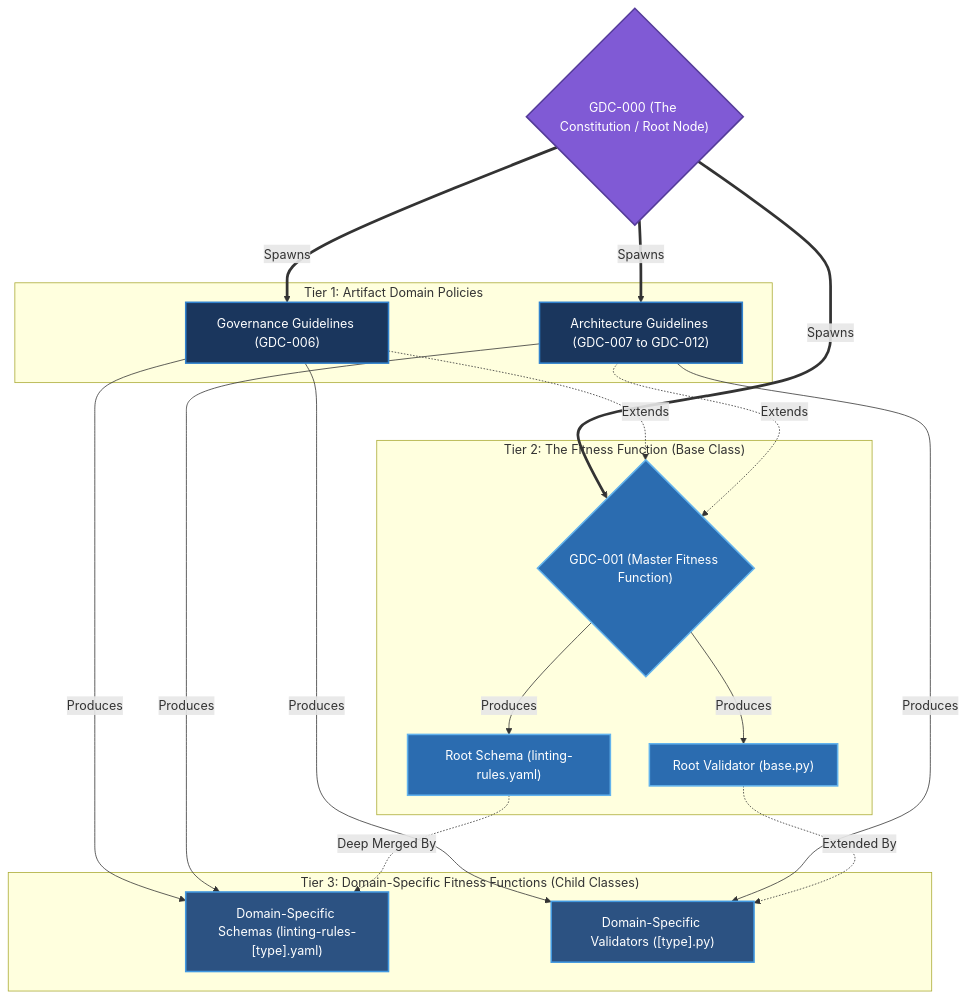
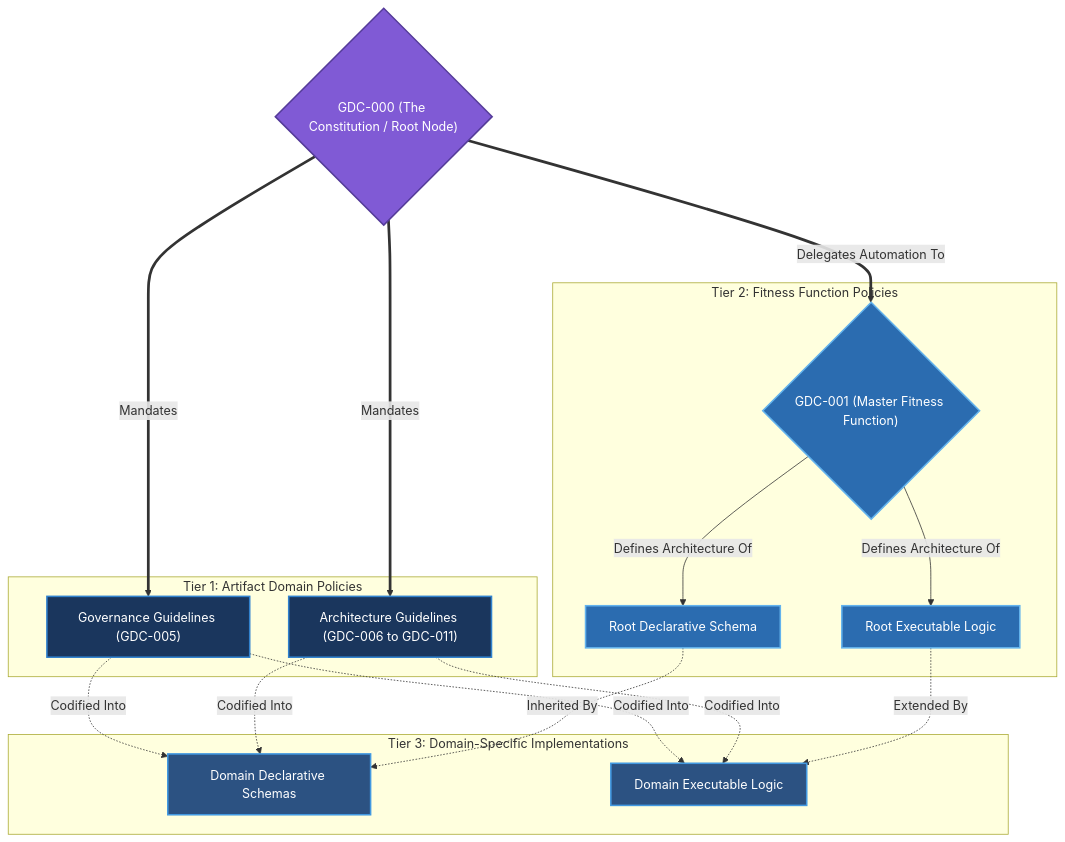
One commit to anshacerbia2/scnehaux-architecture changed the second of 4 diagrams in 00-governance/GDC-000-governance-policy.md. Above: the diagram before and after it, drawn with Mermaid. The commit also changed other lines of this file and 137 other files, not shown here.

Commit message:
Update governance guidelines and schemas

```diff
--- a/00-governance/GDC-000-governance-policy.md
+++ b/00-governance/GDC-000-governance-policy.md
@@ -204,47 +242,44 @@
 ~~~mermaid
 graph TD
     Gov000{"GDC-000 (The Constitution / Root Node)"}
 
     subgraph Tier1 ["Tier 1: Artifact Domain Policies"]
-        GovGuide["Governance Guidelines (GDC-006)"]
-        ArchGuide["Architecture Guidelines (GDC-007 to GDC-012)"]
+        GovGuide["Governance Guidelines (GDC-005)"]
+        ArchGuide["Architecture Guidelines (GDC-006 to GDC-011)"]
     end
 
-    subgraph Tier2 ["Tier 2: The Fitness Function (Base Class)"]
+    subgraph Tier2 ["Tier 2: Fitness Function Policies"]
         FitFunc{"GDC-001 (Master Fitness Function)"}
-        BaseYaml["Root Schema (linting-rules.yaml)"]
-        BasePy["Root Validator (base.py)"]
+        BaseSchemas["Root Declarative Schema"]
+        BaseLogic["Root Executable Logic"]
     end
 
-    subgraph Tier3 ["Tier 3: Domain-Specific Fitness Functions (Child Classes)"]
-        ContextYaml["Domain-Specific Schemas (linting-rules-[type].yaml)"]
-        ContextPy["Domain-Specific Validators ([type].py)"]
+    subgraph Tier3 ["Tier 3: Domain-Specific Implementations"]
+        ContextSchemas["Domain Declarative Schemas"]
+        ContextLogic["Domain Executable Logic"]
     end
 
-    Gov000 ==>|Spawns| GovGuide
-    Gov000 ==>|Spawns| ArchGuide
-    Gov000 ==>|Spawns| FitFunc
+    Gov000 ==>|Mandates| GovGuide
+    Gov000 ==>|Mandates| ArchGuide
+    Gov000 ==>|Delegates Automation To| FitFunc
+    
+    GovGuide -.->|Codified Into| ContextSchemas
+    GovGuide -.->|Codified Into| ContextLogic
+    ArchGuide -.->|Codified Into| ContextSchemas
+    ArchGuide -.->|Codified Into| ContextLogic
 
-    GovGuide -.->|Extends| FitFunc
-    ArchGuide -.->|Extends| FitFunc
+    FitFunc -->|Defines Architecture Of| BaseSchemas
+    FitFunc -->|Defines Architecture Of| BaseLogic
 
-    FitFunc -->|Produces| BaseYaml
-    FitFunc -->|Produces| BasePy
-
-    GovGuide -->|Produces| ContextYaml
-    GovGuide -->|Produces| ContextPy
-    ArchGuide -->|Produces| ContextYaml
-    ArchGuide -->|Produces| ContextPy
-
-    BaseYaml -.->|Deep Merged By| ContextYaml
-    BasePy -.->|Extended By| ContextPy
-
+    BaseSchemas -.->|Inherited By| ContextSchemas
+    BaseLogic -.->|Extended By| ContextLogic
+    
     style Gov000 fill:#805ad5,stroke:#553c9a,stroke-width:2px,color:#fff
     style GovGuide fill:#1a365d,stroke:#3182ce,stroke-width:2px,color:#fff
     style ArchGuide fill:#1a365d,stroke:#3182ce,stroke-width:2px,color:#fff
     style FitFunc fill:#2b6cb0,stroke:#63b3ed,stroke-width:2px,color:#fff
-    style BaseYaml fill:#2b6cb0,stroke:#63b3ed,stroke-width:2px,color:#fff
-    style BasePy fill:#2b6cb0,stroke:#63b3ed,stroke-width:2px,color:#fff
-    style ContextYaml fill:#2c5282,stroke:#4299e1,stroke-width:2px,color:#fff
-    style ContextPy fill:#2c5282,stroke:#4299e1,stroke-width:2px,color:#fff
+    style BaseSchemas fill:#2b6cb0,stroke:#63b3ed,stroke-width:2px,color:#fff
+    style BaseLogic fill:#2b6cb0,stroke:#63b3ed,stroke-width:2px,color:#fff
+    style ContextSchemas fill:#2c5282,stroke:#4299e1,stroke-width:2px,color:#fff
+    style ContextLogic fill:#2c5282,stroke:#4299e1,stroke-width:2px,color:#fff
 ~~~
```
